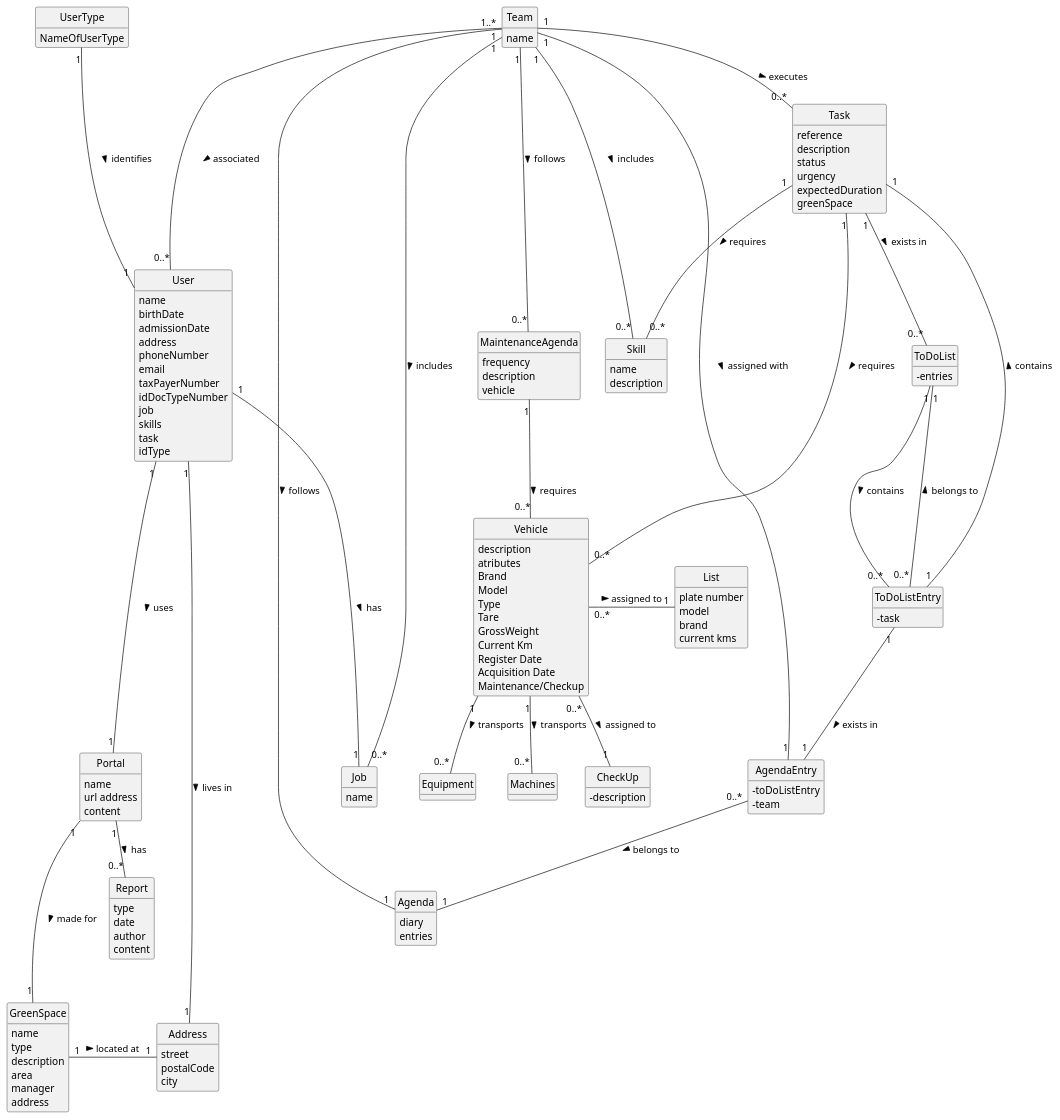
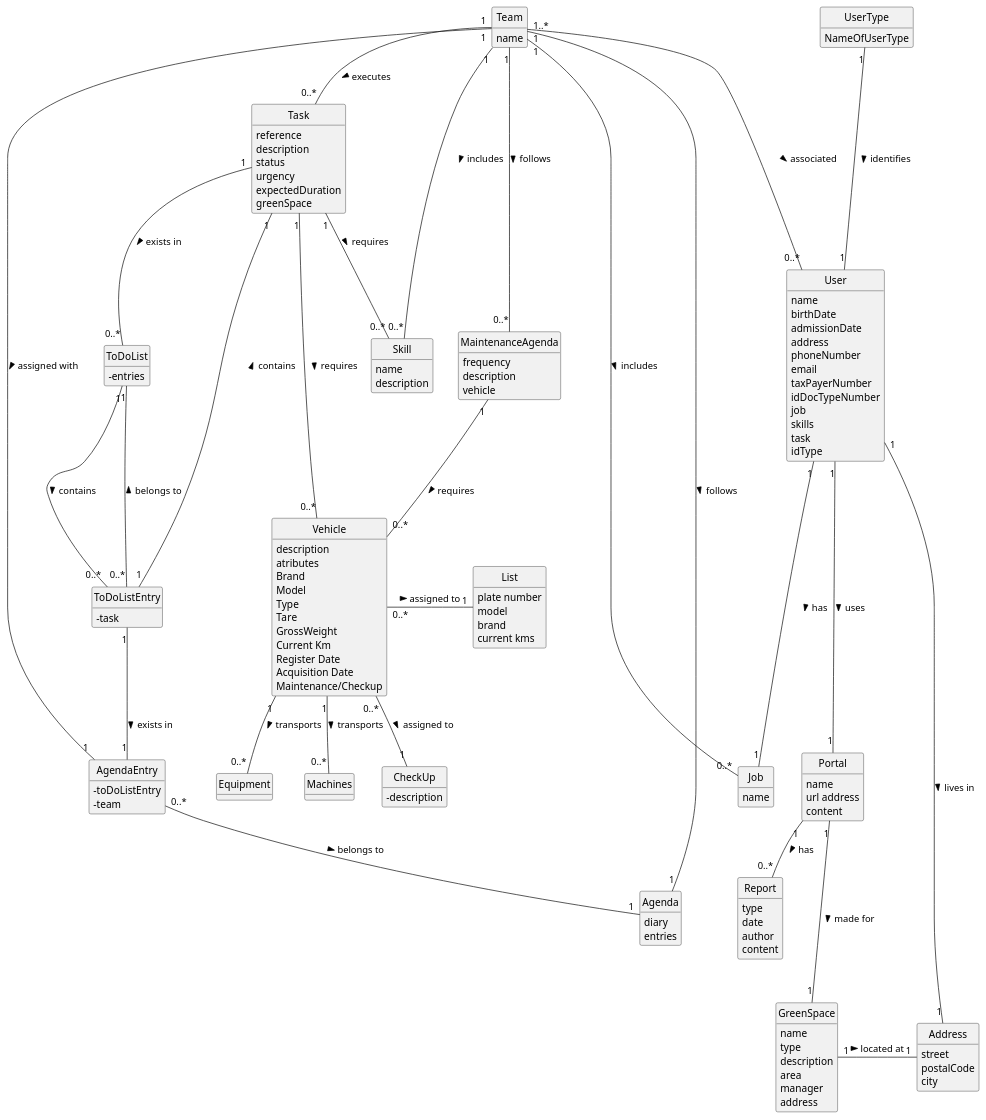
The diagram in docs/sprintC/domain-diagram.puml (rpedros02/lei-24-s2-1DL-g08), drawn with PlantUML before and after one commit. The commit also changed 3 other files, not shown here.

```diff
--- a/docs/sprintC/domain-diagram.puml
+++ b/docs/sprintC/domain-diagram.puml
@@ -1,158 +1,157 @@
 @startuml
 skinparam monochrome true
 skinparam packageStyle rectangle
 skinparam shadowing false
 'skinparam linetype ortho
 'left to right direction
 skinparam classAttributeIconSize 0
 hide circle
 hide methods
 
 class Vehicle {
     description
     atributes
     Brand
     Model
     Type
     Tare
     GrossWeight
     Current Km
     Register Date
     Acquisition Date
     Maintenance/Checkup
     Frequency (in Kms)
 }
 
 class List {
     plate number
     model
     brand
     current kms
 }
 
 class MaintenanceAgenda {
     frequency
     description
     vehicle
 }
 
 class Team {
     name
     members (collaborators)
 }
 
 class Skill {
     name
     description
     }
 
 class Job {
     name
 }
 
 class User {
    name
    birthDate
    admissionDate
    address
    phoneNumber
    email
    taxPayerNumber
    idDocTypeNumber
    job
    skills
    task
    idType
 }
 
 class UserType {
     NameOfUserType
 }
 
 class GreenSpace{
     name
     type
     description
     area
     manager
     address
 }
 
 class Portal{
     name
     url address
     content
 }
 
 class Report{
     type
     date
     author
     content
 }
 
 class Address{
     street
     postalCode
     city
 }
 
 class Task {
     reference
     description
     status
     urgency
     expectedDuration
     greenSpace
 }
 
 class CheckUp {
     -description
 }
 
 class Agenda {
     diary
     entries
 }
 
 class ToDoListEntry {
     -task
 }
 
 class ToDoList {
     -entries
 }
 
 class AgendaEntry {
     -toDoListEntry
     -team
 }
-
+Team "1" -- "0..*" Task : executes >
+Team "1" -- "0..*" Job : includes >
+Team "1" --- "0..*" User: associated >
+Team "1" -- "0..*" Skill : includes >
+Team "1" --- "0..*" MaintenanceAgenda: follows >
+Portal "1" --- "1" GreenSpace: made for >
+Portal "1" -- "0..*" Report: has >
+MaintenanceAgenda "1" -- "0..*" Vehicle : requires >
+Vehicle"0..*" -- "1" CheckUp: assigned to >
+Vehicle "0..*" - "1" List: assigned to >
+Vehicle "1" -- "0..*" Equipment : transports >
+Vehicle "1" -- "0..*" Machines : transports >
 UserType "1" --- "1" User: identifies >
 User "1" --- "1" Portal: uses >
 User "1" --- "1" Address: lives in >
 User "1" --- "1" Job: has >
 Task "1" -- "0..*" Skill: requires >
 Task "1" -- "0..*" Vehicle : requires >
 GreenSpace "1" - "1" Address: located at >
-Portal "1" --- "1" GreenSpace: made for >
-Portal "1" -- "0..*" Report: has >
-Team "1" -- "0..*" Task : executes >
-Team "1" -- "0..*" Job : includes >
-Team "1" --- "0..*" User: associated >
-Team "1" -- "0..*" Skill : includes >
-Team "1" --- "0..*" MaintenanceAgenda: follows >
-MaintenanceAgenda "1" -- "0..*" Vehicle : requires >
-Vehicle"0..*" -- "1" CheckUp: assigned to >
-Vehicle "0..*" - "1" List: assigned to >
-Vehicle "1" -- "0..*" Equipment : transports >
-Vehicle "1" -- "0..*" Machines : transports >
 Task "1" -- "0..*" ToDoList : exists in >
 ToDoList "1" -- "0..*" ToDoListEntry : contains >
 ToDoListEntry "1" -- "1" Task : contains >
 ToDoListEntry "1" -- "1" AgendaEntry : exists in >
 AgendaEntry "0..*" -- "1" Agenda : belongs to >
 ToDoListEntry "0..*" -- "1" ToDoList : belongs to >
 Team "1..*" - "1" Agenda: follows >
 Team "1" -- "1" AgendaEntry : assigned with >
 @enduml
```
